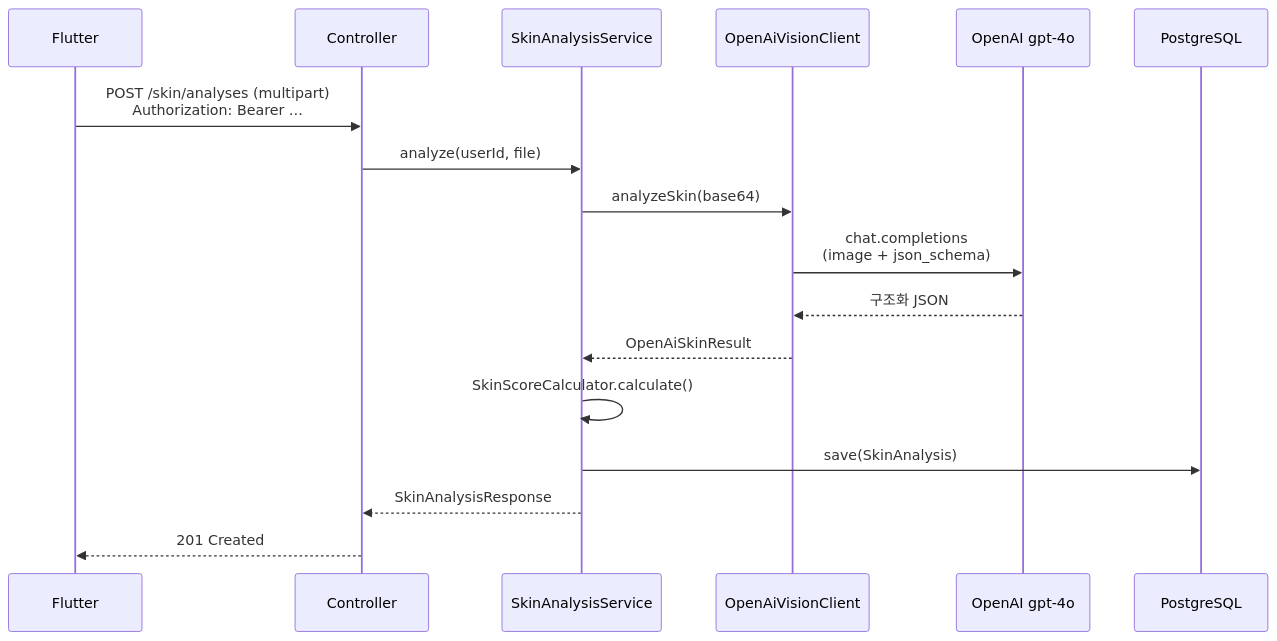
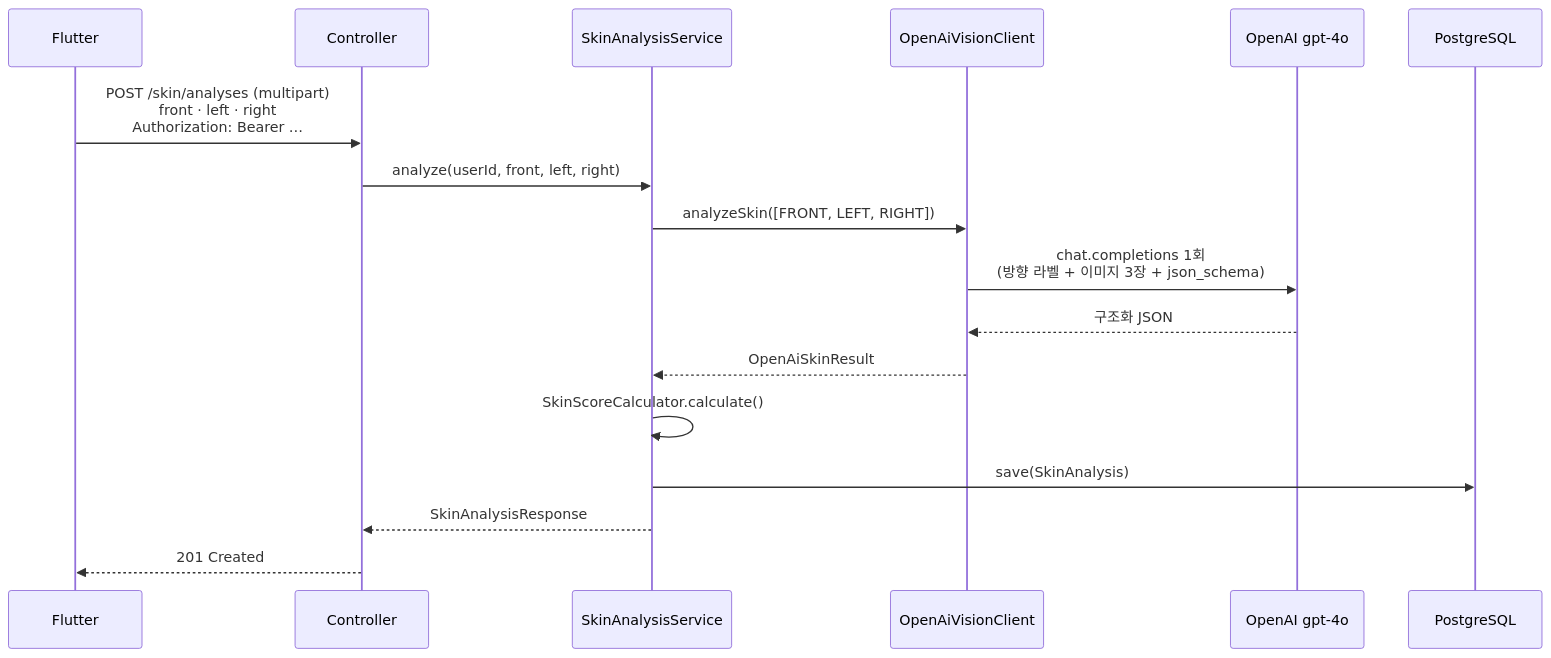
One commit to LikeLion-DU/Skinpick-backend changed the sixth of 8 diagrams in SkinPlate_PRD.md. Above: the diagram before and after it, drawn with Mermaid. The commit also changed other lines of this file and 18 other files, not shown here.

````diff
--- a/SkinPlate_PRD.md
+++ b/SkinPlate_PRD.md
@@ -2779,20 +2874,20 @@
 ```mermaid
 sequenceDiagram
     participant F as Flutter
     participant C as Controller
     participant S as SkinAnalysisService
     participant O as OpenAiVisionClient
     participant AI as OpenAI gpt-4o
     participant D as PostgreSQL
 
-    F->>C: POST /skin/analyses (multipart)<br/>Authorization: Bearer …
-    C->>S: analyze(userId, file)
-    S->>O: analyzeSkin(base64)
-    O->>AI: chat.completions<br/>(image + json_schema)
+    F->>C: POST /skin/analyses (multipart)<br/>front · left · right<br/>Authorization: Bearer …
+    C->>S: analyze(userId, front, left, right)
+    S->>O: analyzeSkin([FRONT, LEFT, RIGHT])
+    O->>AI: chat.completions 1회<br/>(방향 라벨 + 이미지 3장 + json_schema)
     AI-->>O: 구조화 JSON
     O-->>S: OpenAiSkinResult
     S->>S: SkinScoreCalculator.calculate()
     S->>D: save(SkinAnalysis)
     S-->>C: SkinAnalysisResponse
     C-->>F: 201 Created
 ```
````
